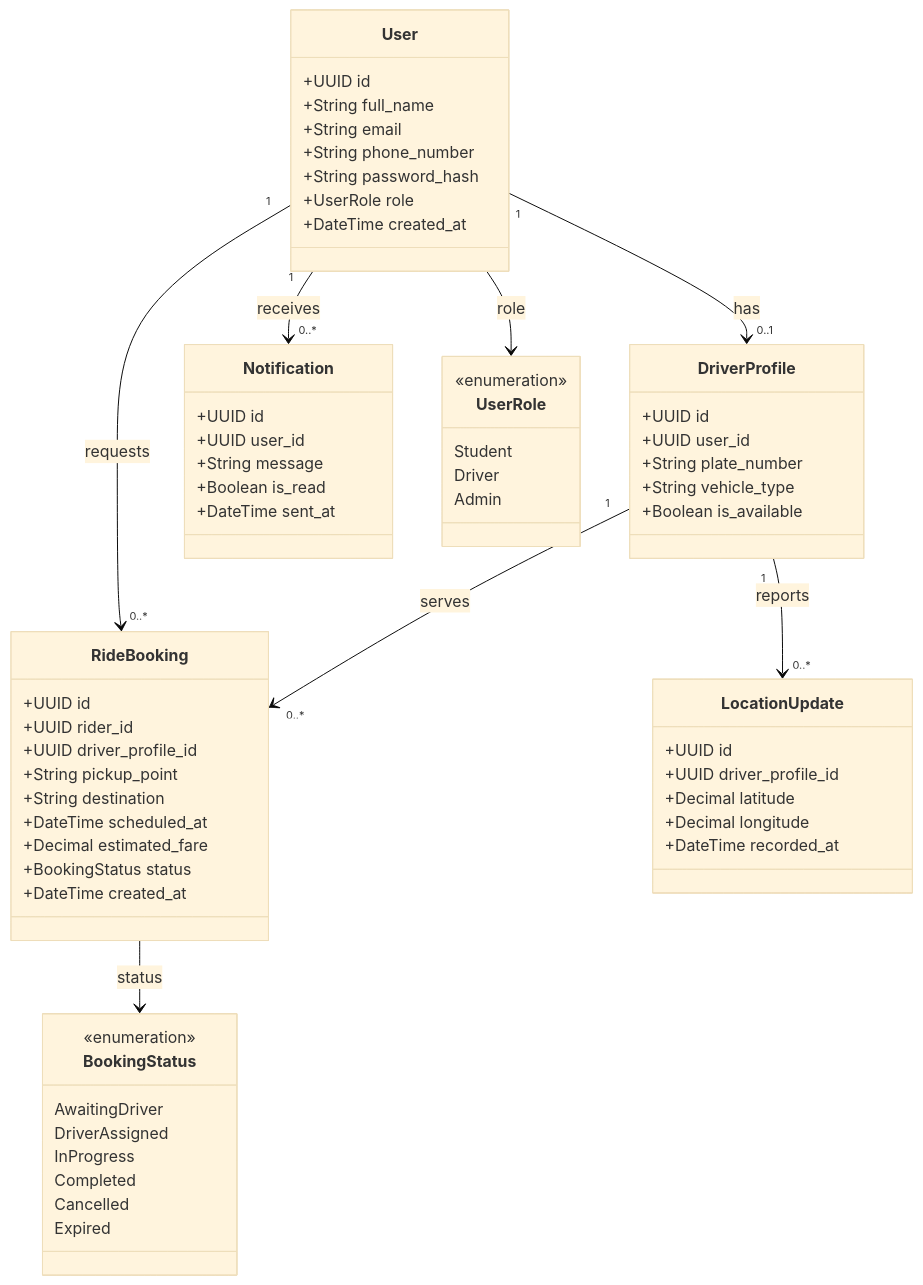
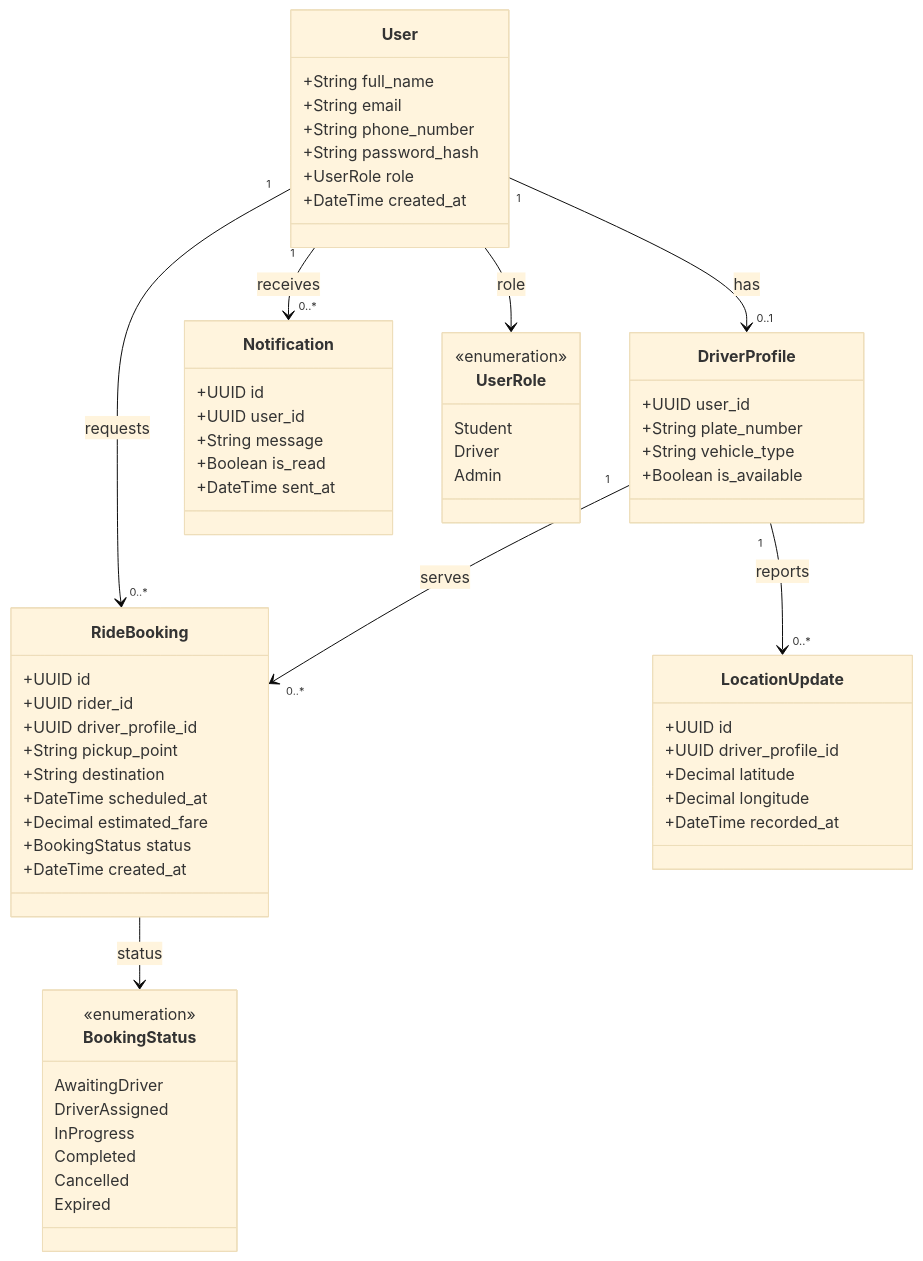
One commit to jewelizzy/SRJ_Activity7 changed the diagram in architecture/class.md. Above: the diagram before and after it, drawn with Mermaid (base theme).

````diff
--- a/architecture/class.md
+++ b/architecture/class.md
@@ -3,73 +3,73 @@
 ```mermaid
 classDiagram
     class User {
-        +UUID id
+
         +String full_name
         +String email
         +String phone_number
         +String password_hash
         +UserRole role
         +DateTime created_at
     }
 
     class DriverProfile {
-        +UUID id
+        
         +UUID user_id
         +String plate_number
         +String vehicle_type
         +Boolean is_available
     }
 
     class RideBooking {
         +UUID id
         +UUID rider_id
         +UUID driver_profile_id
         +String pickup_point
         +String destination
         +DateTime scheduled_at
         +Decimal estimated_fare
         +BookingStatus status
         +DateTime created_at
     }
 
     class Notification {
         +UUID id
         +UUID user_id
         +String message
         +Boolean is_read
         +DateTime sent_at
     }
 
     class LocationUpdate {
         +UUID id
         +UUID driver_profile_id
         +Decimal latitude
         +Decimal longitude
         +DateTime recorded_at
     }
 
     class UserRole {
         <<enumeration>>
         Student
         Driver
         Admin
     }
 
     class BookingStatus {
         <<enumeration>>
         AwaitingDriver
         DriverAssigned
         InProgress
         Completed
         Cancelled
         Expired
     }
 
     User "1" --> "0..1" DriverProfile : has
     User "1" --> "0..*" RideBooking : requests
     User "1" --> "0..*" Notification : receives
     DriverProfile "1" --> "0..*" RideBooking : serves
     DriverProfile "1" --> "0..*" LocationUpdate : reports
     User --> UserRole : role
     RideBooking --> BookingStatus : status
 ```
````
